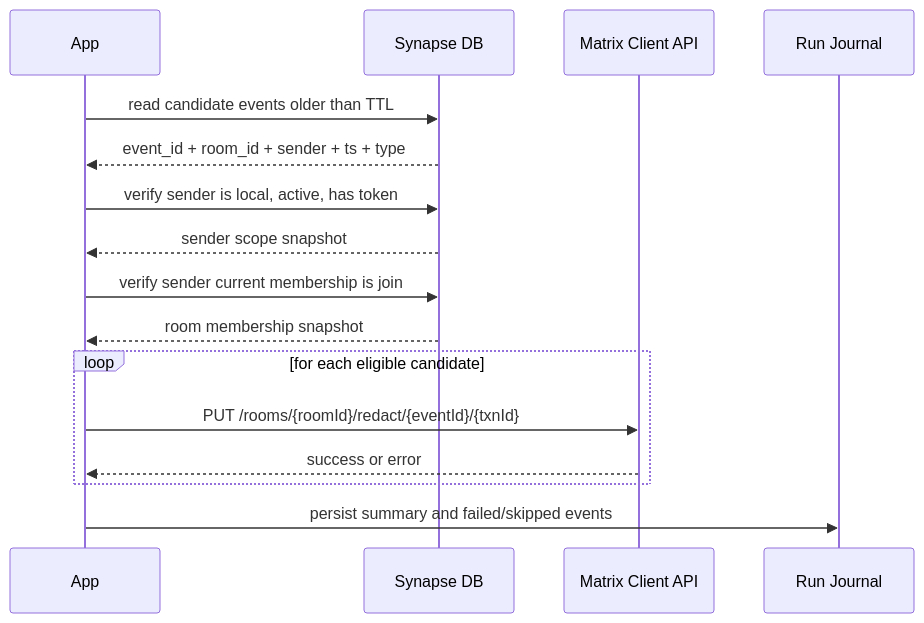
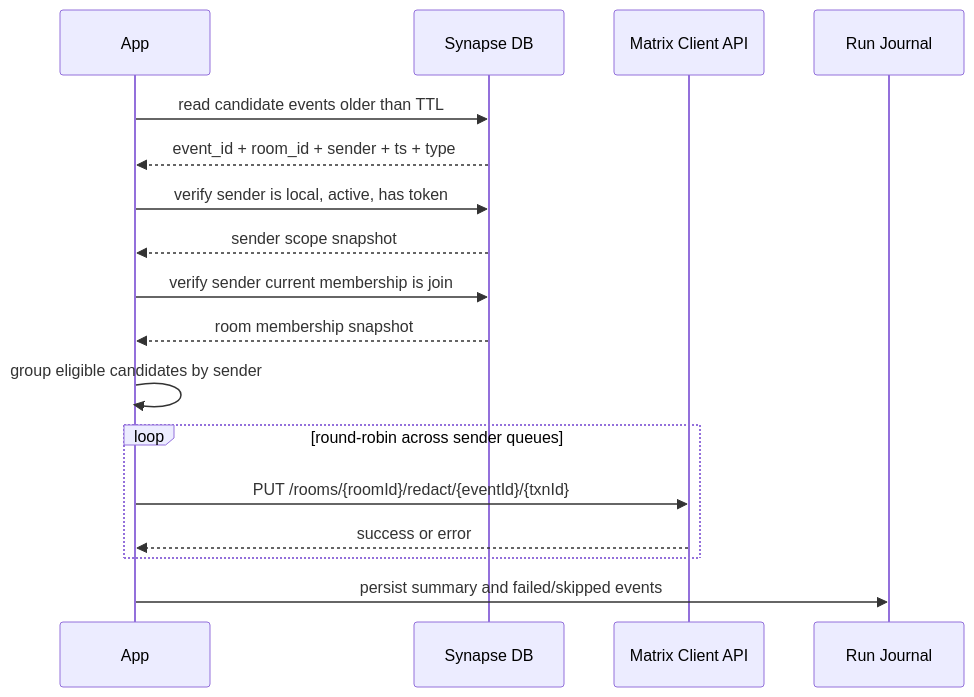
Before and after one commit to Hudrolax/europeya.matrix-redactor: the second of 2 diagrams in docs/architecture.md, drawn with Mermaid. The commit also changed other lines of this file and 8 other files, not shown here.

Commit message:
Schedule redactions round-robin by sender

````diff
--- a/docs/architecture.md
+++ b/docs/architecture.md
@@ -100,19 +102,20 @@
 ```mermaid
 sequenceDiagram
     participant A as App
     participant D as Synapse DB
     participant M as Matrix Client API
     participant J as Run Journal
 
     A->>D: read candidate events older than TTL
     D-->>A: event_id + room_id + sender + ts + type
     A->>D: verify sender is local, active, has token
     D-->>A: sender scope snapshot
     A->>D: verify sender current membership is join
     D-->>A: room membership snapshot
-    loop for each eligible candidate
+    A->>A: group eligible candidates by sender
+    loop round-robin across sender queues
         A->>M: PUT /rooms/{roomId}/redact/{eventId}/{txnId}
         M-->>A: success or error
     end
     A->>J: persist summary and failed/skipped events
 ```
````
